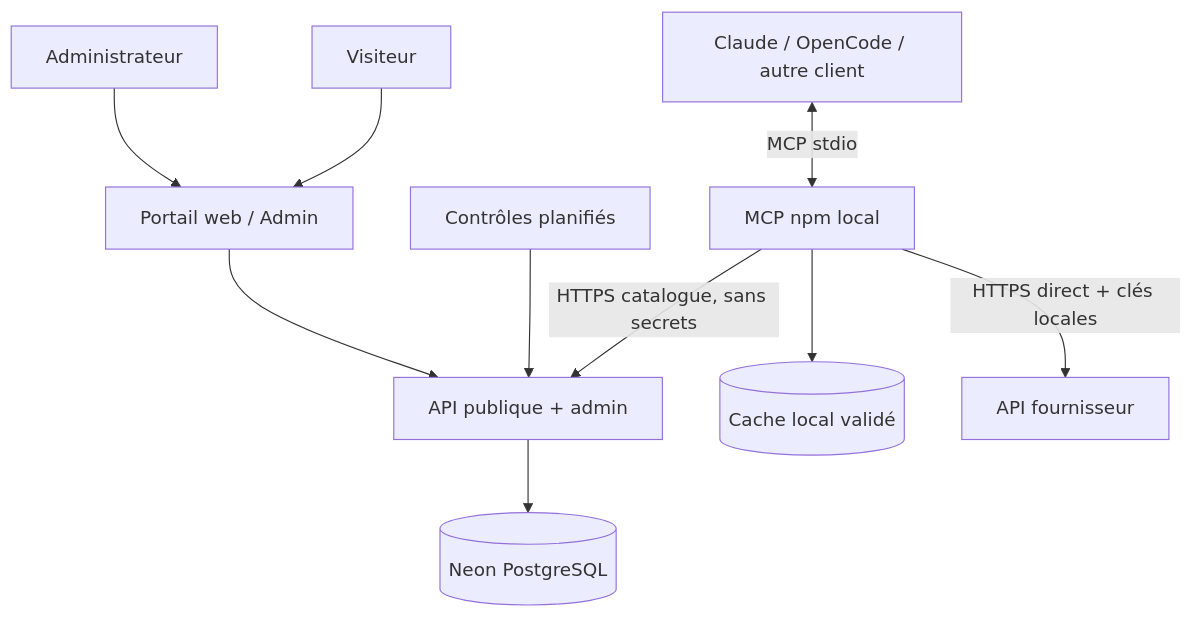
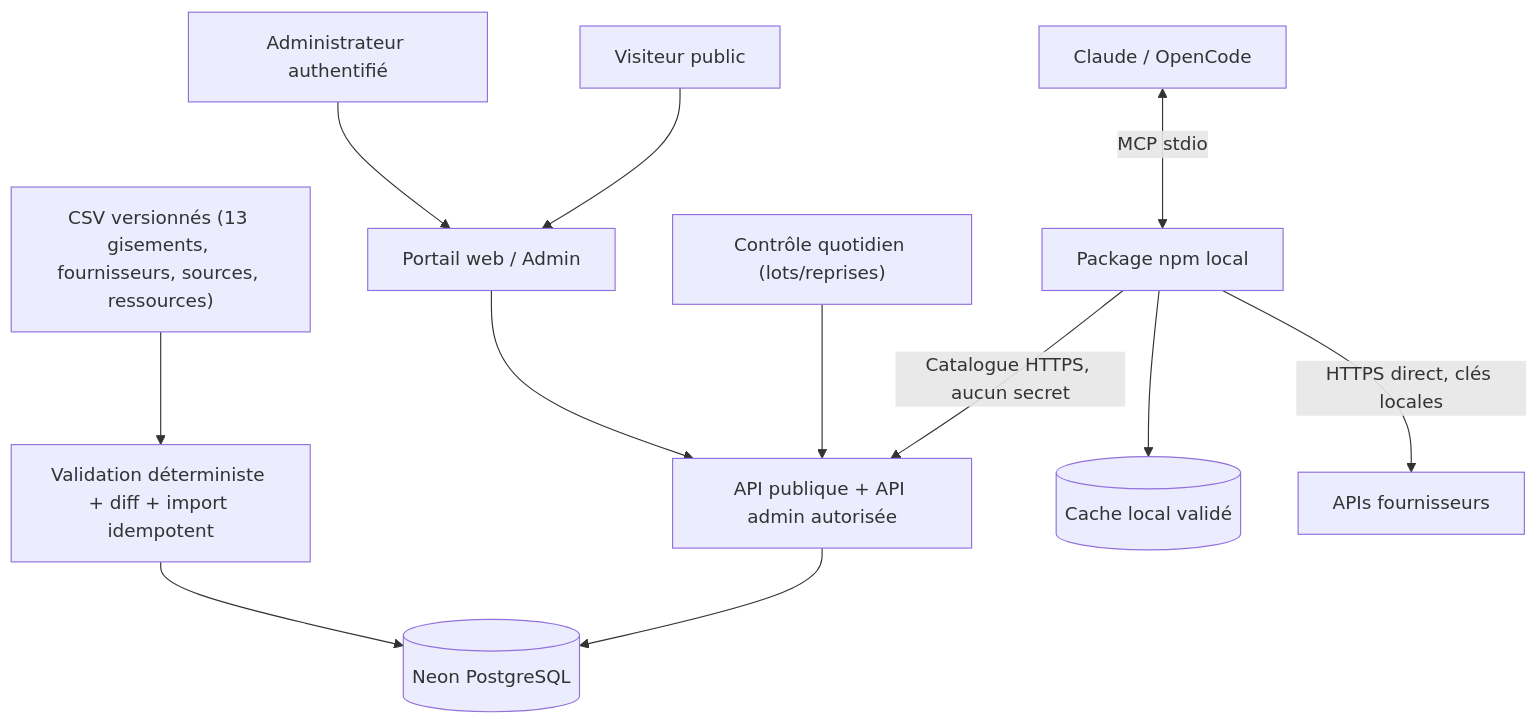
One commit to dsissoko/testv0 changed the diagram in docs/architecture.md. Above: the diagram before and after it, drawn with Mermaid. The commit also changed other lines of this file, not shown here.

Commit message:
docs: correct World Data MCP architecture.md

````diff
--- a/docs/architecture.md
+++ b/docs/architecture.md
@@ -6,12 +5,14 @@
 ```mermaid
 flowchart TB
-  Admin["Administrateur"] --> Web["Portail web / Admin"]
-  Visitor["Visiteur"] --> Web
-  Web --> API["API publique + admin"]
-  API --> DB[("Neon PostgreSQL")]
-  Scheduler["Contrôles planifiés"] --> API
-  Agent["Claude / OpenCode / autre client"] <-->|"MCP stdio"| Local["MCP npm local"]
-  Local -->|"HTTPS catalogue, sans secrets"| API
-  Local --> Cache[("Cache local validé")]
-  Local -->|"HTTPS direct + clés locales"| Provider["API fournisseur"]
+ CSV["CSV versionnés (13 gisements, fournisseurs, sources, ressources)"] --> Validator["Validation déterministe + diff + import idempotent"]
+ Validator --> Neon[("Neon PostgreSQL")]
+ Admin["Administrateur authentifié"] --> Portal["Portail web / Admin"]
+ Visitor["Visiteur public"] --> Portal
+ Portal --> API["API publique + API admin autorisée"]
+ API --> Neon
+ Cron["Contrôle quotidien (lots/reprises)"] --> API
+ Agent["Claude / OpenCode"] <-->|"MCP stdio"| MCP["Package npm local"]
+ MCP -->|"Catalogue HTTPS, aucun secret"| API
+ MCP --> Cache[("Cache local validé")]
+ MCP -->|"HTTPS direct, clés locales"| Providers["APIs fournisseurs"]
 ```
````
